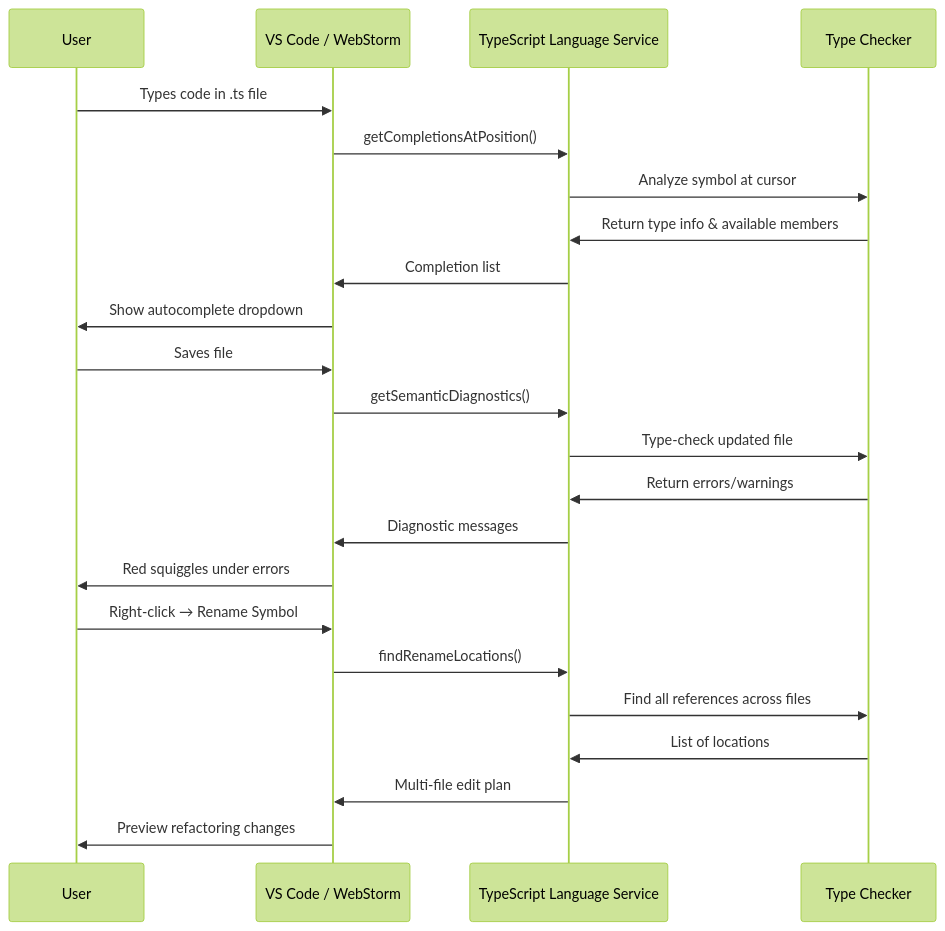
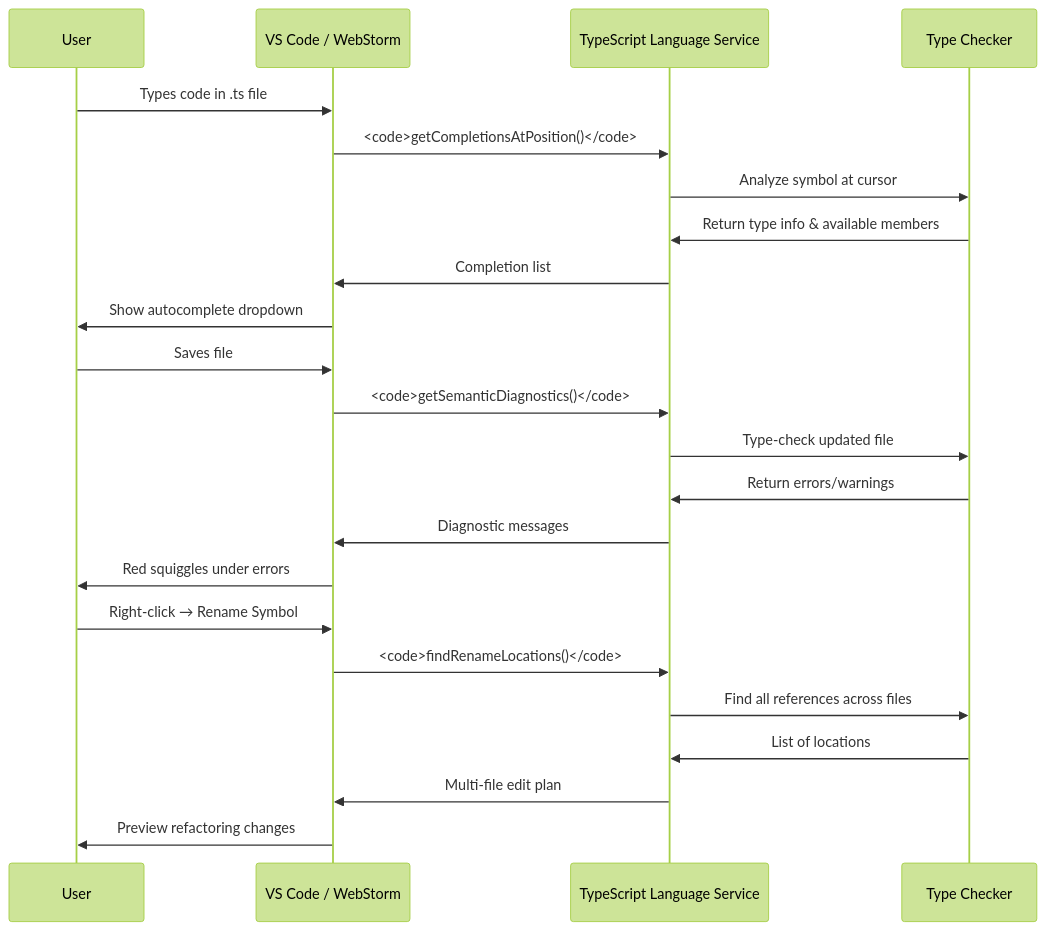
Before and after one commit to dataslope/dataslope: the third of 3 diagrams in content/courses/typescript-from-scratch/how-typescript-works.mdx, drawn with Mermaid (forest theme). The commit also changed other lines of this file and 65 other files, not shown here.

First line of the commit message:
Set code in every mermaid label in the mono face

````diff
--- a/content/courses/typescript-from-scratch/how-typescript-works.mdx
+++ b/content/courses/typescript-from-scratch/how-typescript-works.mdx
@@ -273,28 +273,28 @@
 ```mermaid
 sequenceDiagram
     participant User
     participant Editor as VS Code / WebStorm
     participant LS as TypeScript Language Service
     participant Checker as Type Checker
     
     User->>Editor: Types code in .ts file
-    Editor->>LS: getCompletionsAtPosition()
+    Editor->>LS: <code>getCompletionsAtPosition()</code>
     LS->>Checker: Analyze symbol at cursor
     Checker->>LS: Return type info & available members
     LS->>Editor: Completion list
     Editor->>User: Show autocomplete dropdown
     
     User->>Editor: Saves file
-    Editor->>LS: getSemanticDiagnostics()
+    Editor->>LS: <code>getSemanticDiagnostics()</code>
     LS->>Checker: Type-check updated file
     Checker->>LS: Return errors/warnings
     LS->>Editor: Diagnostic messages
     Editor->>User: Red squiggles under errors
     
     User->>Editor: Right-click → Rename Symbol
-    Editor->>LS: findRenameLocations()
+    Editor->>LS: <code>findRenameLocations()</code>
     LS->>Checker: Find all references across files
     Checker->>LS: List of locations
     LS->>Editor: Multi-file edit plan
     Editor->>User: Preview refactoring changes
 ```
````
